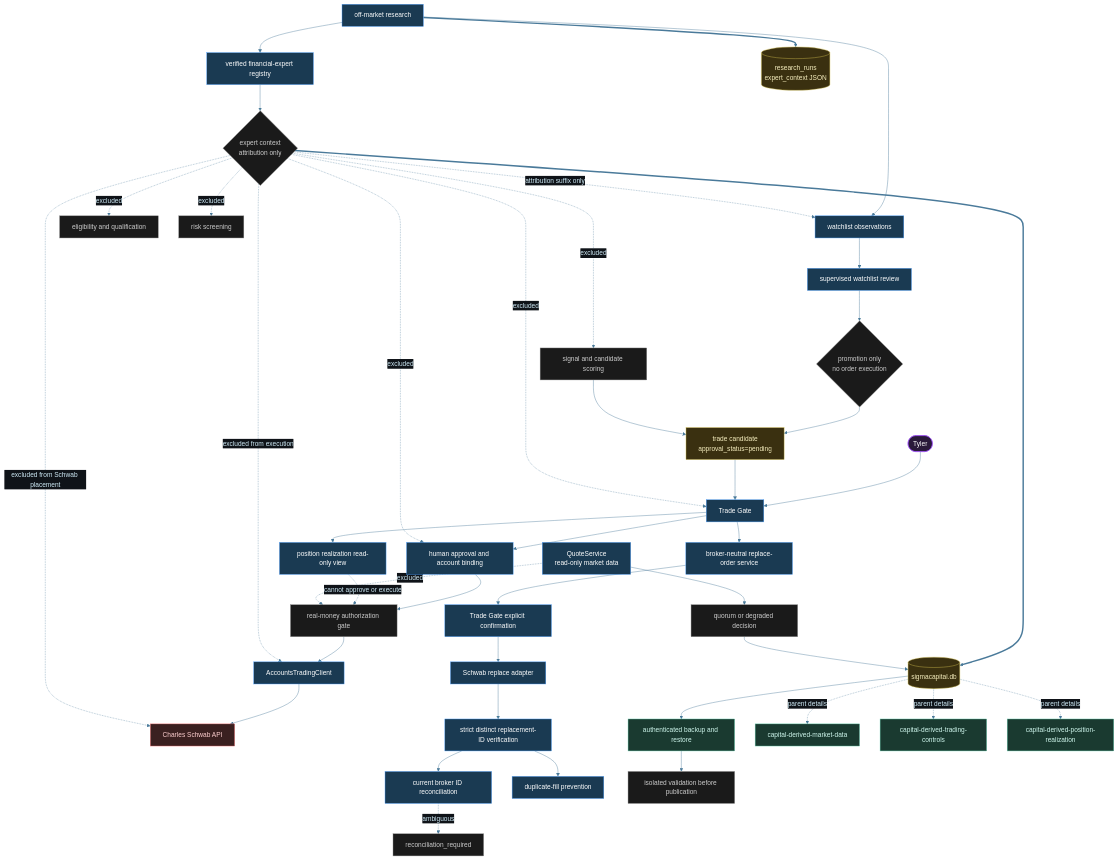
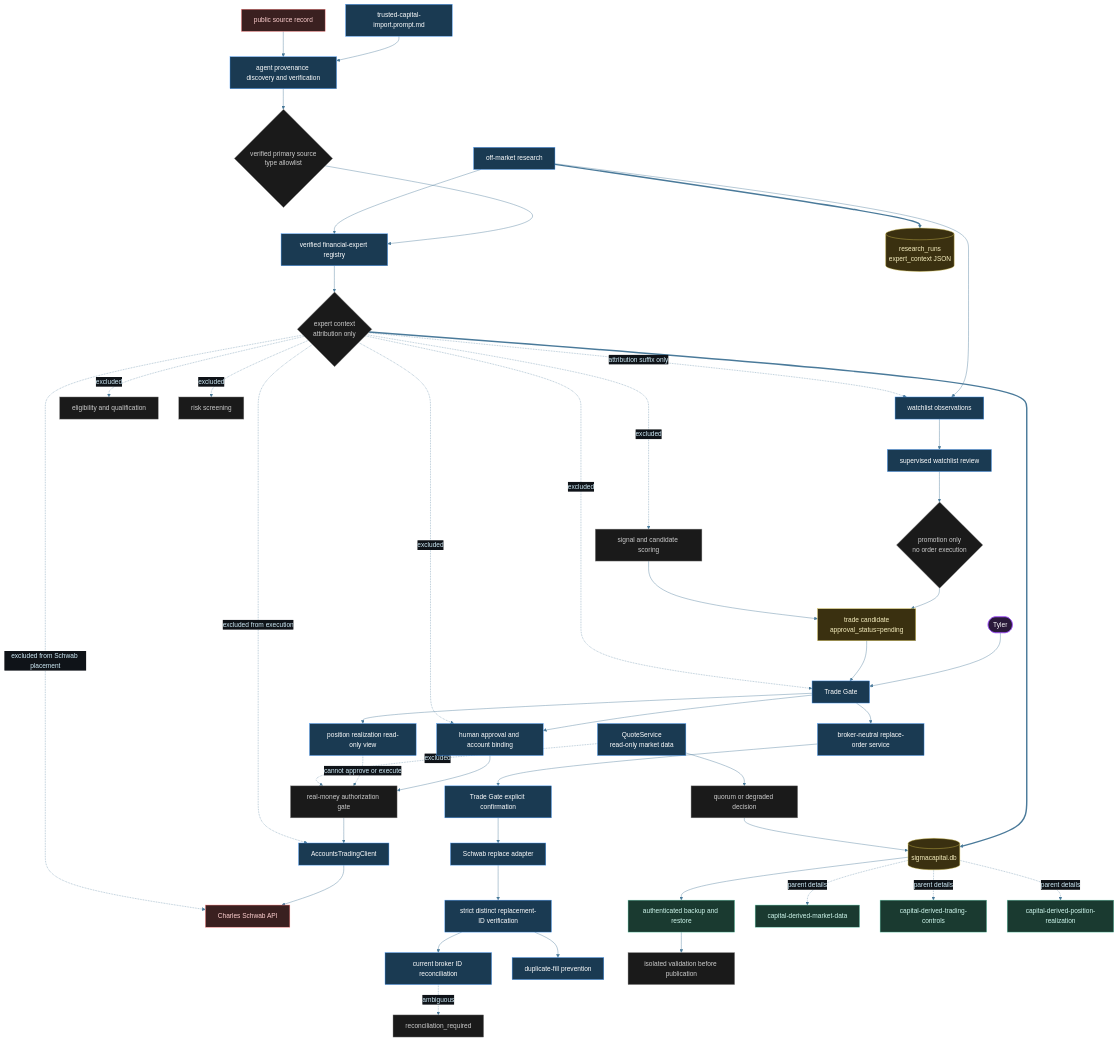
The diagram in diagrams/capital-architecture.mmd (tylerdrakemusic/-Workspace), drawn with Mermaid before and after one commit. The commit also changed 2 other files, not shown here.

Commit message:
⊕ workspace: clarify SigmaCapital provenance flow

```diff
--- a/diagrams/capital-architecture.mmd
+++ b/diagrams/capital-architecture.mmd
@@ -1,58 +1,62 @@
 %%{init: {'theme': 'base', 'themeVariables': {'primaryColor': '#1a2e3a', 'primaryTextColor': '#d0ecf8', 'edgeLabelBackground': '#0f1318', 'lineColor': '#4a7a9a'}}}%%
 %% is_derived_view=false
 %% Traceability.derived_views: diagrams/capital-derived-market-data.mmd, diagrams/capital-derived-trading-controls.mmd, diagrams/capital-derived-position-realization.mmd
 graph TB
     Tyler([Tyler]) --> TradeGate[Trade Gate]
     Research[off-market research] --> Watchlist[watchlist observations]
+    TrustedImportPrompt[trusted-capital-import.prompt.md] --> ProvenanceDiscovery[agent provenance discovery and verification]
+    PublicSource[public source record] --> ProvenanceDiscovery
+    ProvenanceDiscovery --> AuthoritativeSourceAllowlist{verified primary source<br/>type allowlist}
+    AuthoritativeSourceAllowlist --> ExpertRegistry[verified financial-expert registry]
     Research --> ExpertRegistry[verified financial-expert registry]
     ExpertRegistry --> ExpertContext{expert context<br/>attribution only}
     Research ==> ResearchRuns[(research_runs<br/>expert_context JSON)]
     ExpertContext ==> CapitalDB
     ExpertContext -.->|attribution suffix only| Watchlist
     Watchlist --> Review[supervised watchlist review]
     Review --> PromotionBoundary{promotion only<br/>no order execution}
     PromotionBoundary --> Pending[trade candidate<br/>approval_status=pending]
     Pending --> TradeGate
     CandidateScoring[signal and candidate scoring] --> Pending
     QuoteService[QuoteService<br/>read-only market data] --> QuoteDecision[quorum or degraded decision]
     QuoteDecision --> CapitalDB[(sigmacapital.db)]
     TradeGate --> Approval[human approval and account binding]
     Approval --> RealGate[real-money authorization gate]
     RealGate --> AccountsTrading[AccountsTradingClient]
     AccountsTrading --> Schwab[Charles Schwab API]
     TradeGate --> ReplaceService[broker-neutral replace-order service]
     ReplaceService --> ReplaceConfirm[Trade Gate explicit confirmation]
     ReplaceConfirm --> SchwabReplace[Schwab replace adapter]
     SchwabReplace --> ReplacementVerify[strict distinct replacement-ID verification]
     ReplacementVerify --> BrokerIdReconcile[current broker ID reconciliation]
     BrokerIdReconcile -.->|ambiguous| ReconciliationRequired[reconciliation_required]
     ReplacementVerify --> DuplicateFillGuard[duplicate-fill prevention]
     CapitalDB --> Backup[authenticated backup and restore]
     Backup --> Restore[isolated validation before publication]
     TradeGate --> PositionView[position realization read-only view]
     ExpertContext -.->|excluded| CandidateScoring
     ExpertContext -.->|excluded| Eligibility[eligibility and qualification]
     ExpertContext -.->|excluded| RiskScreen[risk screening]
     ExpertContext -.->|excluded| Approval
     ExpertContext -.->|excluded| TradeGate
     ExpertContext -.->|excluded from execution| AccountsTrading
     ExpertContext -.->|excluded from Schwab placement| Schwab
     PositionView -.->|cannot approve or execute| RealGate
     QuoteService -.->|excluded| RealGate
     CapitalDB -.->|parent details| MarketView[capital-derived-market-data]
     CapitalDB -.->|parent details| TradingView[capital-derived-trading-controls]
     CapitalDB -.->|parent details| PositionViewDetail[capital-derived-position-realization]
     class Tyler tyler
-    class QuoteService,TradeGate,Approval,AccountsTrading,PositionView,Research,Watchlist,Review,ReplaceService,ReplaceConfirm,SchwabReplace,ReplacementVerify,BrokerIdReconcile,DuplicateFillGuard,ExpertRegistry orch
+    class QuoteService,TradeGate,Approval,AccountsTrading,PositionView,Research,Watchlist,Review,ReplaceService,ReplaceConfirm,SchwabReplace,ReplacementVerify,BrokerIdReconcile,DuplicateFillGuard,ExpertRegistry,TrustedImportPrompt,ProvenanceDiscovery orch
     class CandidateScoring,Eligibility,RiskScreen state
     class ExpertContext state
-    class QuoteDecision,RealGate,Restore,PromotionBoundary,ReconciliationRequired state
+    class QuoteDecision,RealGate,Restore,PromotionBoundary,ReconciliationRequired,AuthoritativeSourceAllowlist state
     class CapitalDB,Pending,ResearchRuns db
-    class Schwab ext
+    class PublicSource,Schwab ext
     class Backup,MarketView,TradingView,PositionViewDetail ws
 classDef tyler fill:#2a1a3a,stroke:#9e4aff,color:#fff
 classDef orch fill:#1a3a52,stroke:#4a9eff,color:#fff
 classDef ws fill:#1a3a30,stroke:#6ad4b4,color:#d0f8ee
 classDef ext fill:#3a2020,stroke:#ff7a7a,color:#ffd0d0
 classDef db fill:#3a3010,stroke:#d4c050,color:#f8f0c0
 classDef state fill:#1a1a1a,stroke:#888888,color:#cccccc
```
